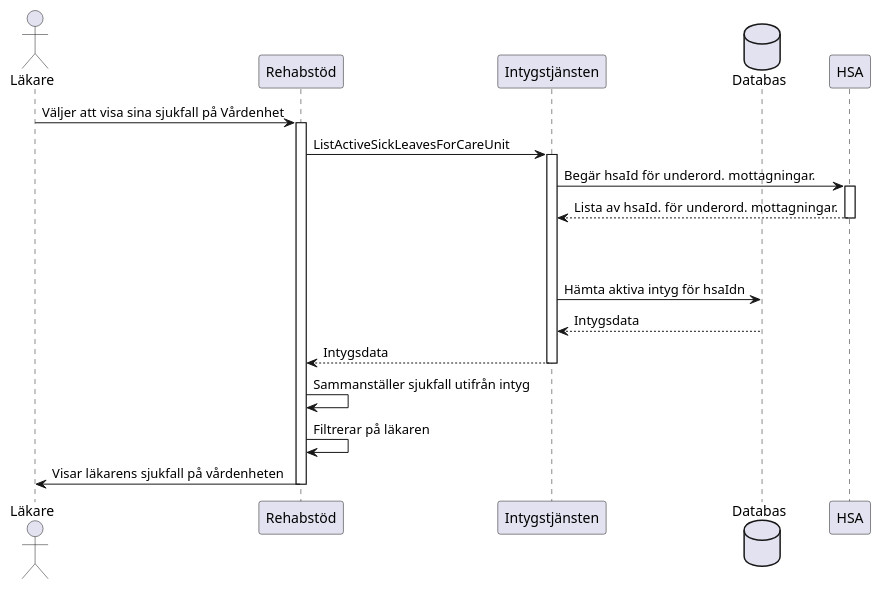
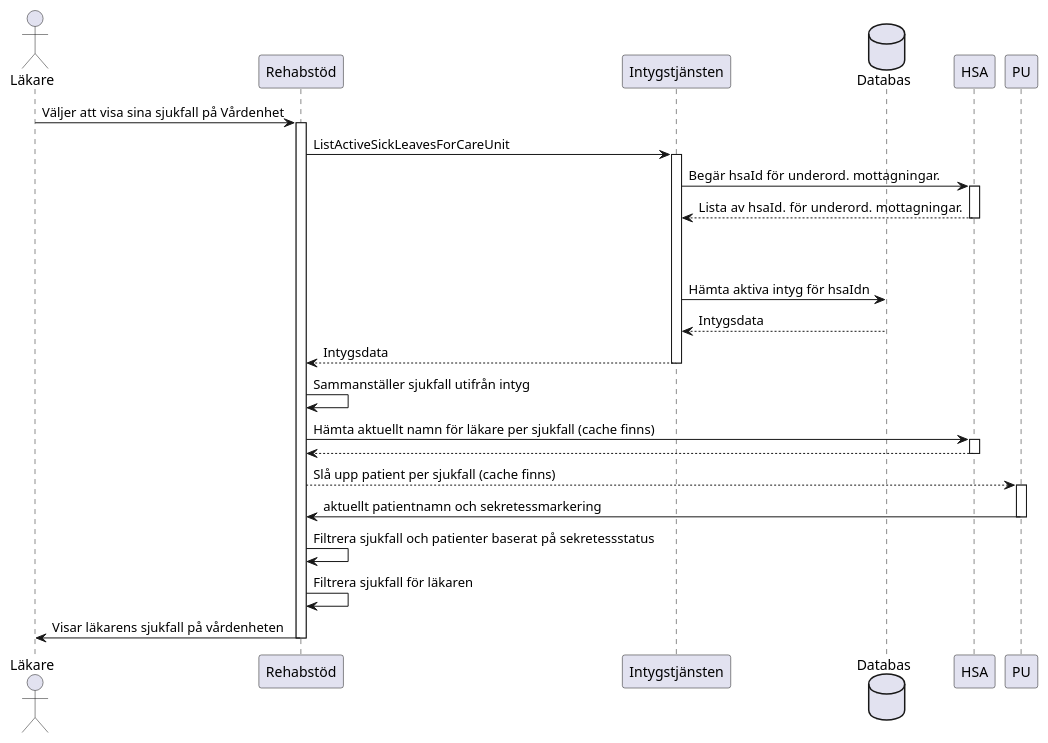
One commit to sklintyg/rehabstod changed the diagram in docs/plantuml/sok-sjukfall-lakare.puml. Above: the diagram before and after it, drawn with PlantUML. The commit also changed 3 other files, not shown here.

Commit message:
DEVENV: Uppdaterar uml diagram för visa sjukfall sekvens

```diff
--- a/docs/plantuml/sok-sjukfall-lakare.puml
+++ b/docs/plantuml/sok-sjukfall-lakare.puml
@@ -1,23 +1,32 @@
 @startuml
 actor Läkare
 Läkare -> Rehabstöd: Väljer att visa sina sjukfall på Vårdenhet
 activate Rehabstöd
     Rehabstöd -> Intygstjänsten: ListActiveSickLeavesForCareUnit
 
     database Databas
     activate Intygstjänsten
         Intygstjänsten -> HSA: Begär hsaId för underord. mottagningar.
         activate HSA
             HSA --> Intygstjänsten: Lista av hsaId. för underord. mottagningar.
         deactivate HSA
         |||
         |||
         Intygstjänsten -> Databas: Hämta aktiva intyg för hsaIdn
         Databas --> Intygstjänsten: Intygsdata
         Intygstjänsten --> Rehabstöd: Intygsdata
     deactivate Intygstjänsten
     Rehabstöd -> Rehabstöd: Sammanställer sjukfall utifrån intyg
-    Rehabstöd -> Rehabstöd: Filtrerar på läkaren
+    Rehabstöd -> HSA: Hämta aktuellt namn för läkare per sjukfall (cache finns)
+    activate HSA
+       HSA --> Rehabstöd
+    deactivate HSA
+        Rehabstöd --> PU: Slå upp patient per sjukfall (cache finns)
+    activate PU
+        PU -> Rehabstöd: aktuellt patientnamn och sekretessmarkering
+    deactivate PU
+    Rehabstöd -> Rehabstöd: Filtrera sjukfall och patienter baserat på sekretessstatus
+    Rehabstöd -> Rehabstöd: Filtrera sjukfall för läkaren
     Rehabstöd -> Läkare: Visar läkarens sjukfall på vårdenheten
 deactivate Rehabstöd
 @enduml
```
